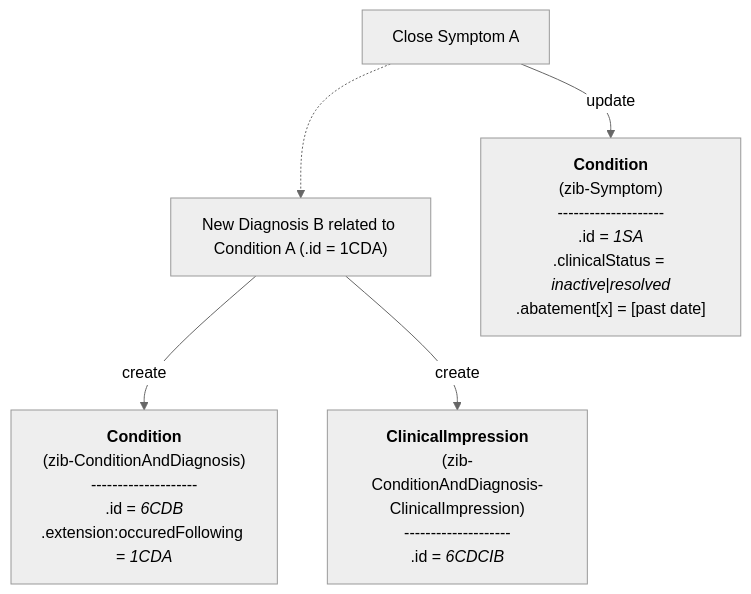
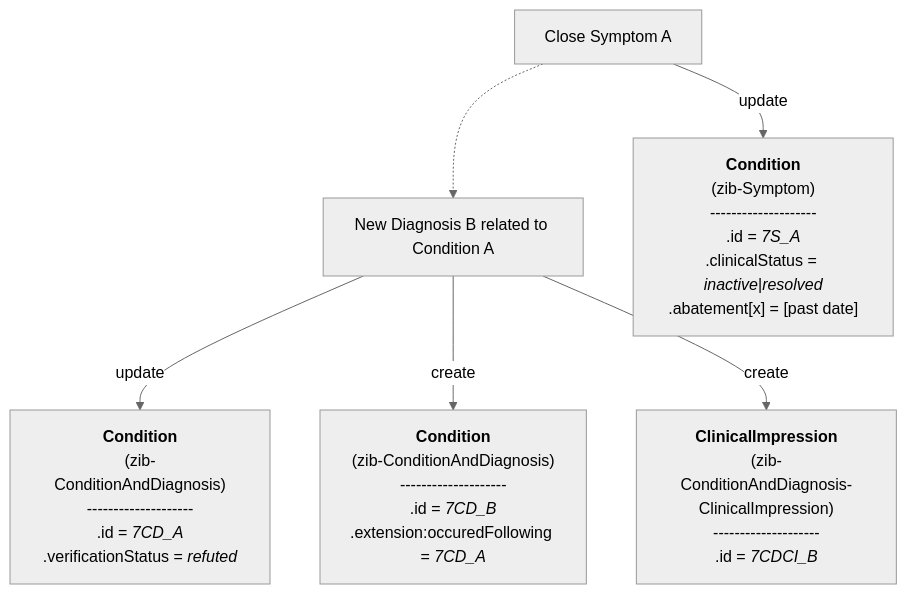
The ninth of 16 diagrams in documentation/Condition-Diagnosis-Symptom.md (Nictiz/Nictiz-R4-zib2024), drawn with Mermaid (neutral theme) before and after one commit. The commit also changed other lines of this file, not shown here.

````diff
--- a/documentation/Condition-Diagnosis-Symptom.md
+++ b/documentation/Condition-Diagnosis-Symptom.md
@@ -316,34 +317,42 @@
 ```mermaid
 flowchart TB
 
 CloseSymptom_A["`Close Symptom A`"]
-NewDiagnosis_B["`New Diagnosis B related to Condition A (.id = 1CDA)`"]
+NewDiagnosis_B["`New Diagnosis B related to Condition A`"]
 
 CloseSymptom_A -.-> NewDiagnosis_B
 
     S_A["`**Condition**
         (zib-Symptom)
         --------------------
-        .id = _1SA_
+        .id = _7S_A_
         .clinicalStatus = _inactive_|_resolved_
         .abatement[x] = [past date]`"]    
+
+CD_A["`**Condition**
+        (zib-ConditionAndDiagnosis)
+        --------------------
+        .id = _7CD_A_
+        .verificationStatus = _refuted_`"]
 
     CD_B["`**Condition**
         (zib-ConditionAndDiagnosis)
         --------------------
-        .id = _6CDB_
-        .extension:occuredFollowing = _1CDA_`"] 
+        .id = _7CD_B_
+        .extension:occuredFollowing = _7CD_A_`"] 
     CDCI_B["`**ClinicalImpression**
         (zib-ConditionAndDiagnosis-ClinicalImpression)
         --------------------
-        .id = _6CDCIB_`"] 
+        .id = _7CDCI_B_`"] 
 
     S_A:::Ash
+    CD_A:::Ash
     CD_B:::Ash
     CDCI_B:::Ash
     classDef Ash stroke-width:1px, stroke-dasharray:none, stroke:#999999, fill:#EEEEEE, color:#000000
 
 CloseSymptom_A -- update --> S_A
+NewDiagnosis_B -- update --> CD_A
 NewDiagnosis_B -- create --> CD_B
 NewDiagnosis_B -- create --> CDCI_B
 ```
````
